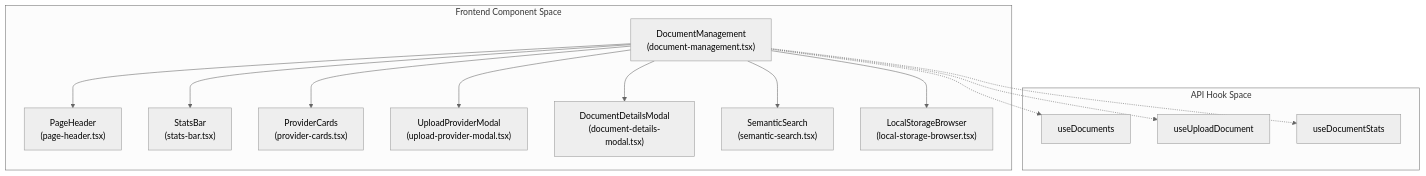
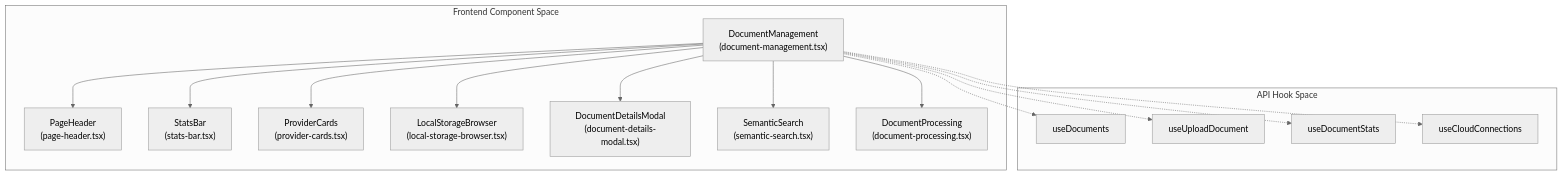
Before and after one commit to AutomatosAI/automatos-ai: the second of 4 diagrams in docs/knowledge-base-rag/document-management.md, drawn with Mermaid (neutral theme). The commit also changed other lines of this file and 153 other files, not shown here.

````diff
--- a/docs/knowledge-base-rag/document-management.md
+++ b/docs/knowledge-base-rag/document-management.md
@@ -85,31 +78,33 @@
 ```mermaid
 graph TD
     subgraph "Frontend Component Space"
         DM["DocumentManagement<br/>(document-management.tsx)"]
         PH["PageHeader<br/>(page-header.tsx)"]
         SB["StatsBar<br/>(stats-bar.tsx)"]
         PC["ProviderCards<br/>(provider-cards.tsx)"]
-        UPM["UploadProviderModal<br/>(upload-provider-modal.tsx)"]
+        LSB["LocalStorageBrowser<br/>(local-storage-browser.tsx)"]
         DDM["DocumentDetailsModal<br/>(document-details-modal.tsx)"]
         SS["SemanticSearch<br/>(semantic-search.tsx)"]
-        LSB["LocalStorageBrowser<br/>(local-storage-browser.tsx)"]
+        DP["DocumentProcessing<br/>(document-processing.tsx)"]
     end
 
     subgraph "API Hook Space"
         UD["useDocuments"]
         USD["useUploadDocument"]
         UST["useDocumentStats"]
+        UCC["useCloudConnections"]
     end
     
     DM --> PH
     DM --> SB
     DM --> PC
-    DM --> UPM
+    DM --> LSB
     DM --> DDM
     DM --> SS
-    DM --> LSB
+    DM --> DP
     
     DM -.-> UD
     DM -.-> USD
     DM -.-> UST
+    DM -.-> UCC
 ```
````
